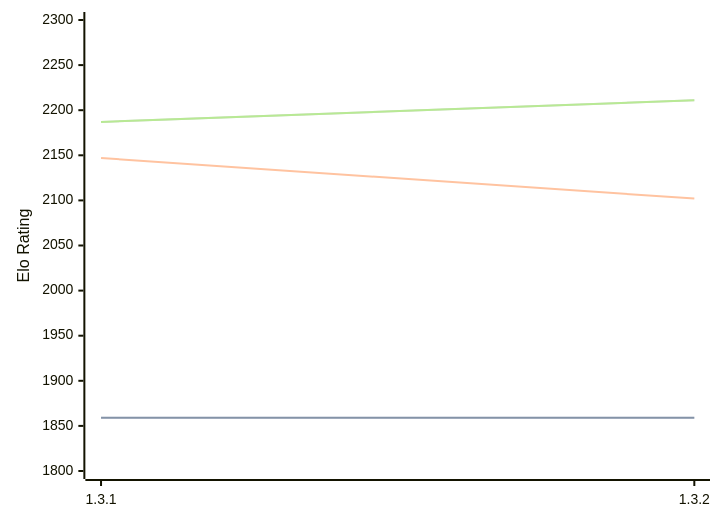
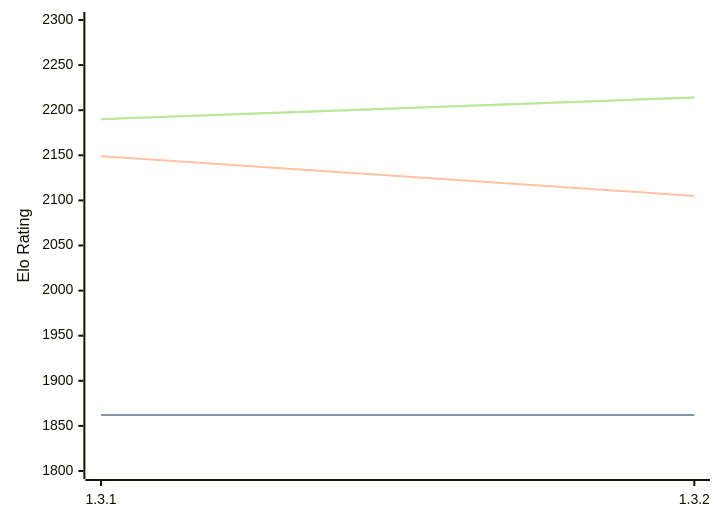
The diagram in engines/Zugblitz.md (computer-chess-index/cci), drawn with Mermaid before and after one commit. The commit also changed other lines of this file, not shown here.

Commit message:
Update CCI Ratings (ELO VLTC) - 2026-09-24

````diff
--- a/engines/Zugblitz.md
+++ b/engines/Zugblitz.md
@@ -32,11 +32,11 @@
 ```mermaid
 %%{init: {"theme":"base","themeVariables":{"seriesColors:['#a3a3a3','#222221','#faa371']}}}%%
 xychart-beta
   x-axis ["1.3.1", "1.3.2"]
   y-axis "Elo Rating" 1800 --> 2300
-  line "" [1859, 1859]
-  line "STC (8.0+0.08s)" [1859, 1859]
-  line "LTC (60.0+0.60s)" [2147, 2102]
-  line "" [2187, 2211]
-  line "VLTC (2m24s+1.12s)" [2187, 2211]
+  line "" [1862, 1862]
+  line "STC (8.0+0.08s)" [1862, 1862]
+  line "LTC (60.0+0.60s)" [2149, 2105]
+  line "" [2190, 2214]
+  line "VLTC (2m24s+1.12s)" [2190, 2214]
 ```
````
